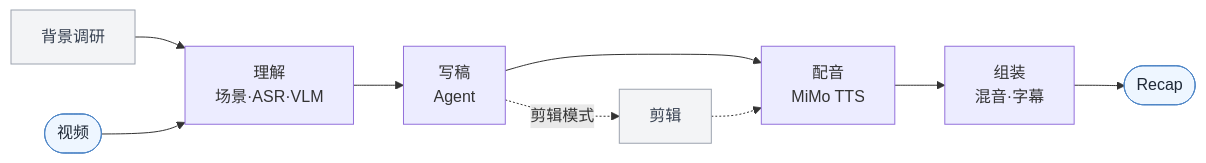
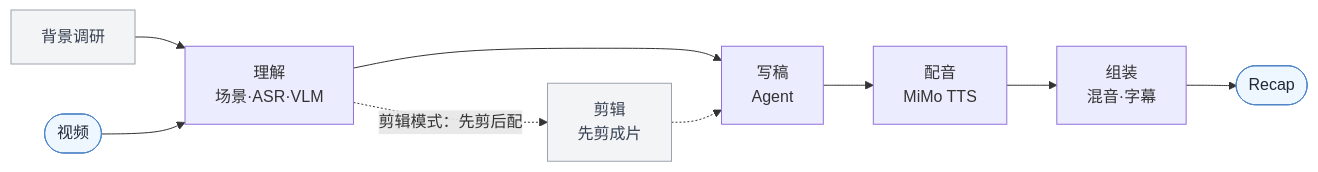
Before and after one commit to worldwonderer/video-recap-skills: the diagram in README.md, drawn with Mermaid. The commit also changed other lines of this file and 7 other files, not shown here.

First line of the commit message:
Docs + v0.2.0: sync README/reference docs to the re-architecture, bump plugin

````diff
--- a/README.md
+++ b/README.md
@@ -25,10 +25,10 @@
 ```mermaid
 flowchart LR
     research["背景调研"] --> understand
     video(["视频"]) --> understand["理解<br/>场景·ASR·VLM"] --> script["写稿<br/>Agent"] --> voiceover["配音<br/>MiMo TTS"] --> assemble["组装<br/>混音·字幕"] --> output(["Recap"])
-    script -. 剪辑模式 .-> cut["剪辑"] -.-> voiceover
+    understand -. 剪辑模式：先剪后配 .-> cut["剪辑<br/>先剪成片"] -.-> script
     classDef io fill:#eef6ff,stroke:#4f86c6,color:#1f2937;
     classDef opt fill:#f3f4f6,stroke:#9ca3af,color:#374151;
     class video,output io;
     class research,cut opt;
 ```
````
